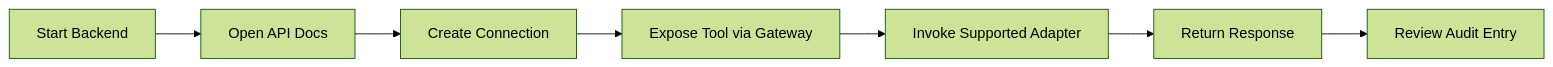
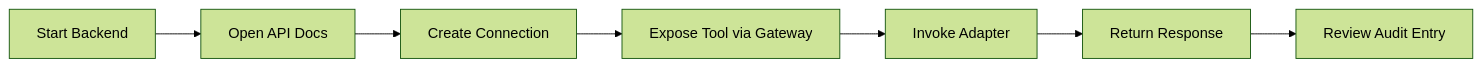
The third of 4 diagrams in README.md (iceccarelli/neuralbridge), drawn with Mermaid (forest theme) before and after one commit. The commit also changed other lines of this file and 11 other files, not shown here.

````diff
--- a/README.md
+++ b/README.md
@@ -339,9 +343,9 @@
 ```mermaid
 flowchart LR
     A[Start Backend] --> B[Open API Docs]
     B --> C[Create Connection]
     C --> D[Expose Tool via Gateway]
-    D --> E[Invoke Supported Adapter]
+    D --> E[Invoke Adapter]
     E --> F[Return Response]
     F --> G[Review Audit Entry]
 ```
````
